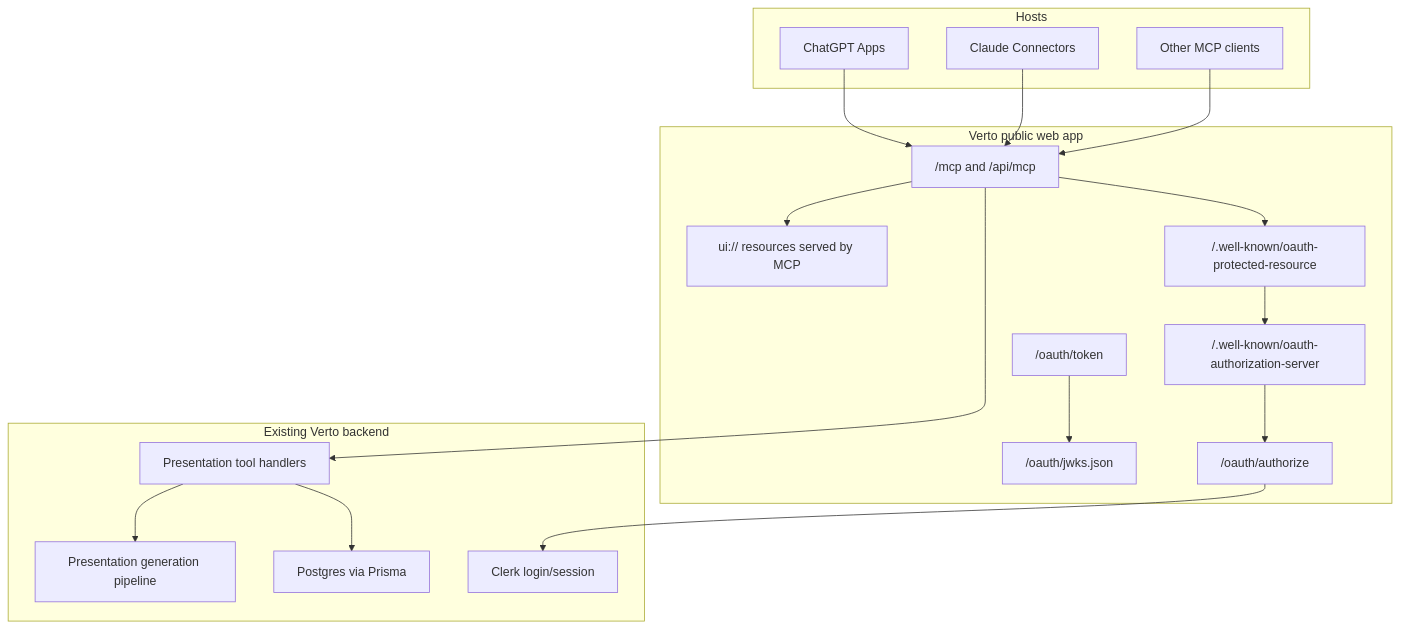
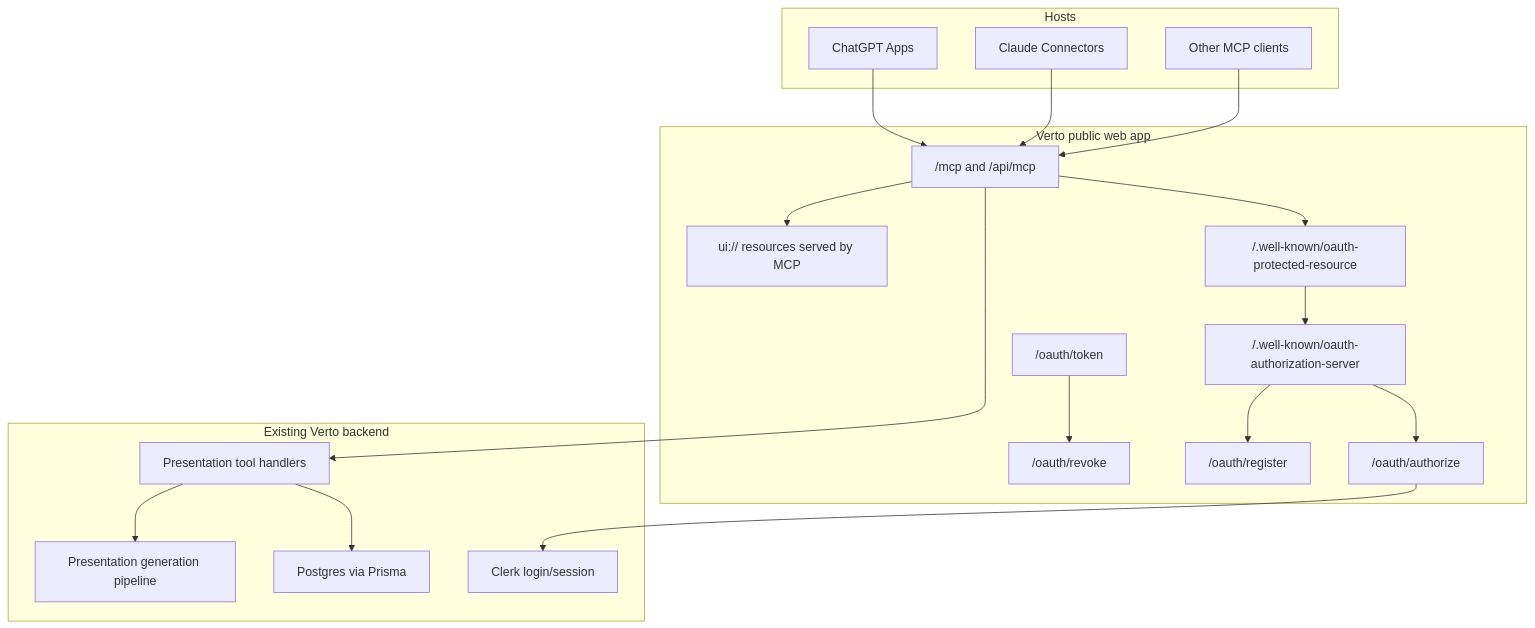
The third of 3 diagrams in docs/mcp-apps/02-technical-implementation.md (aditya-deokar/pptmaker), drawn with Mermaid before and after one commit. The commit also changed other lines of this file and 41 other files, not shown here.

````diff
--- a/docs/mcp-apps/02-technical-implementation.md
+++ b/docs/mcp-apps/02-technical-implementation.md
@@ -58,38 +60,40 @@
 ```mermaid
 flowchart TB
   subgraph Hosts
     ChatGPT[ChatGPT Apps]
     Claude[Claude Connectors]
     Other[Other MCP clients]
   end
 
   subgraph VertoPublic["Verto public web app"]
     MCPRoute["/mcp and /api/mcp"]
     ProtectedMeta["/.well-known/oauth-protected-resource"]
     AuthMeta["/.well-known/oauth-authorization-server"]
     OAuthAuthorize["/oauth/authorize"]
     OAuthToken["/oauth/token"]
-    JWKS["/oauth/jwks.json"]
+    Revoke["/oauth/revoke"]
+    Register["/oauth/register"]
     UIResources["ui:// resources served by MCP"]
   end
 
   subgraph VertoCore["Existing Verto backend"]
     ToolHandlers["Presentation tool handlers"]
     Prisma["Postgres via Prisma"]
     Clerk["Clerk login/session"]
     Generation["Presentation generation pipeline"]
   end
 
   ChatGPT --> MCPRoute
   Claude --> MCPRoute
   Other --> MCPRoute
   MCPRoute --> ProtectedMeta
   ProtectedMeta --> AuthMeta
   AuthMeta --> OAuthAuthorize
   OAuthAuthorize --> Clerk
-  OAuthToken --> JWKS
+  OAuthToken --> Revoke
+  AuthMeta --> Register
   MCPRoute --> ToolHandlers
   ToolHandlers --> Prisma
   ToolHandlers --> Generation
   MCPRoute --> UIResources
 ```
````
